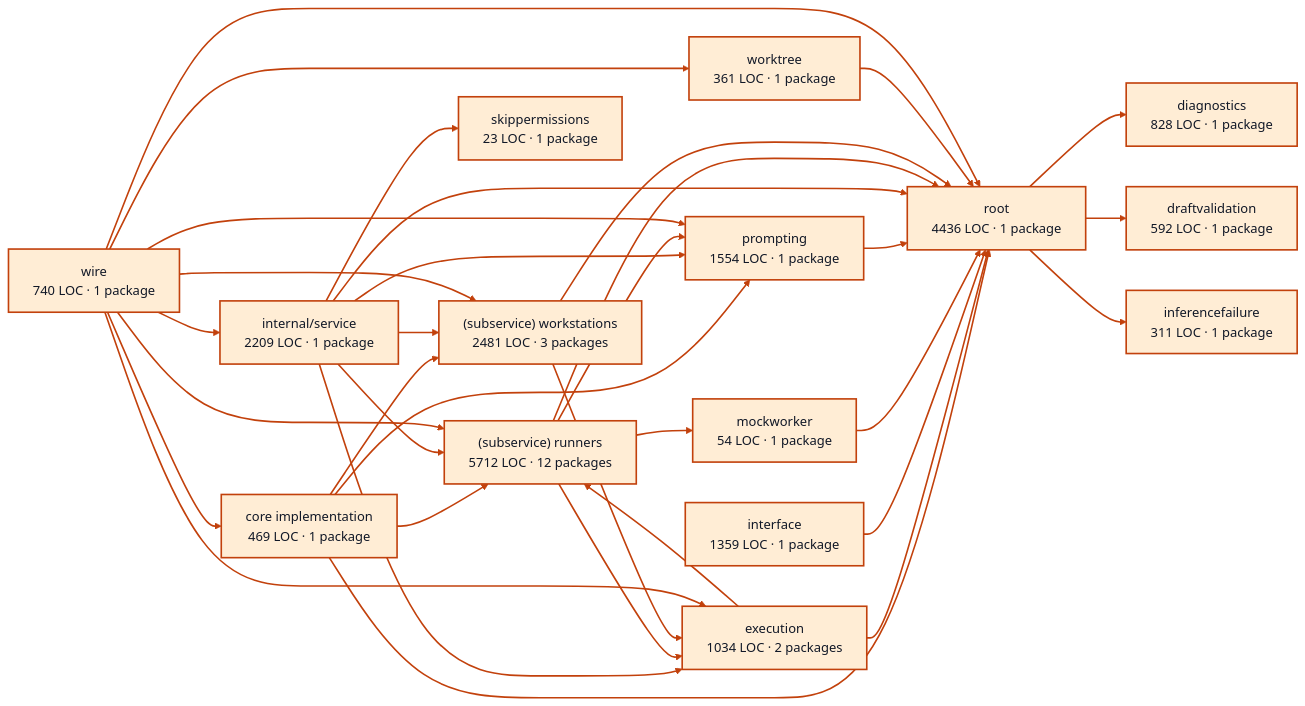
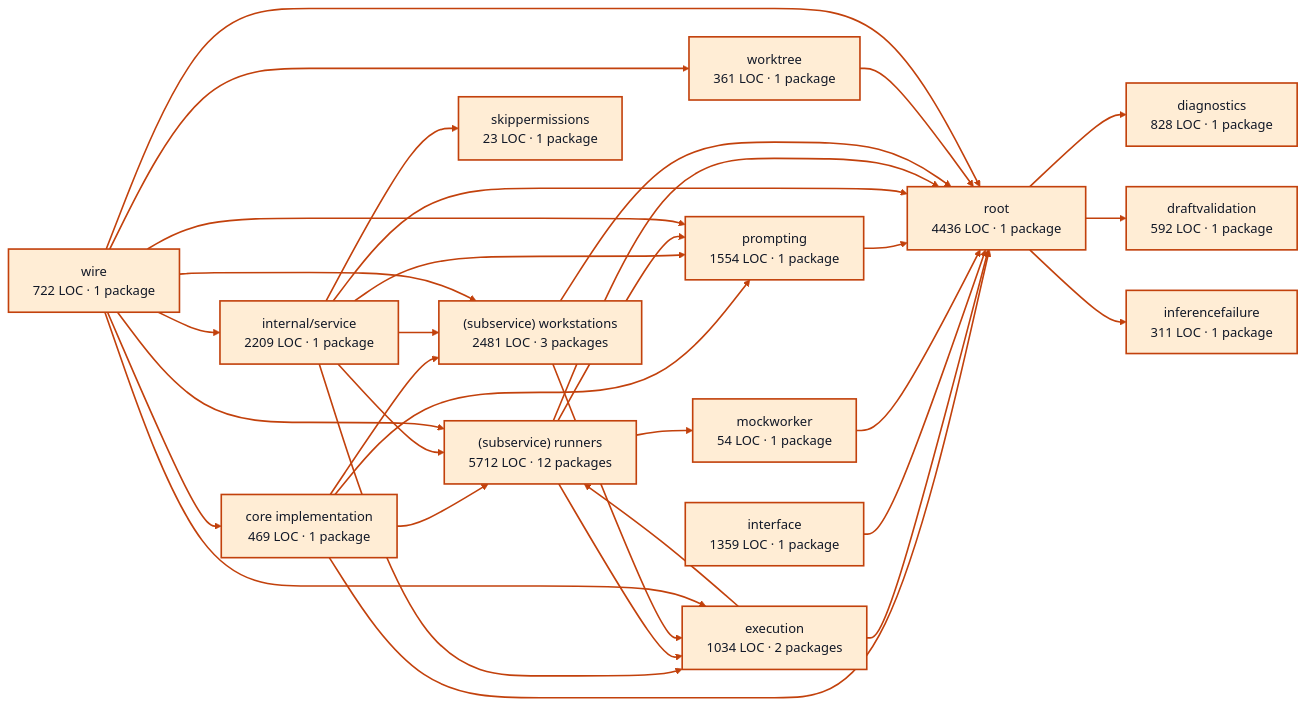
Before and after one commit to portpowered/you-agent-factory: the diagram in docs/architecture/visualizations/services/workers.md, drawn with Mermaid. The commit also changed other lines of this file and 20 other files, not shown here.

Commit message:
docs: refresh backend architecture visualizations

````diff
--- a/docs/architecture/visualizations/services/workers.md
+++ b/docs/architecture/visualizations/services/workers.md
@@ -11,67 +11,67 @@
 ```mermaid
 flowchart LR
   p0["core implementation<br/>469 LOC · 1 package"]
   p1["diagnostics<br/>828 LOC · 1 package"]
   p2["draftvalidation<br/>592 LOC · 1 package"]
   p3["execution<br/>1034 LOC · 2 packages"]
   p4["inferencefailure<br/>311 LOC · 1 package"]
   p5["interface<br/>1359 LOC · 1 package"]
   p6["mockworker<br/>54 LOC · 1 package"]
   p7["prompting<br/>1554 LOC · 1 package"]
   p8["internal/service<br/>2209 LOC · 1 package"]
   p9["(subservice) runners<br/>5712 LOC · 12 packages"]
   p10["(subservice) workstations<br/>2481 LOC · 3 packages"]
   p11["skippermissions<br/>23 LOC · 1 package"]
   p12["worktree<br/>361 LOC · 1 package"]
   p13["root<br/>4436 LOC · 1 package"]
-  p14["wire<br/>740 LOC · 1 package"]
+  p14["wire<br/>722 LOC · 1 package"]
   p0 --> p7
   p0 --> p9
   p0 --> p10
   p0 --> p13
   p3 --> p9
   p3 --> p13
   p5 --> p13
   p6 --> p13
   p7 --> p13
   p8 --> p3
   p8 --> p7
   p8 --> p9
   p8 --> p10
   p8 --> p11
   p8 --> p13
   p9 --> p3
   p9 --> p6
   p9 --> p7
   p9 --> p13
   p10 --> p3
   p10 --> p13
   p12 --> p13
   p13 --> p1
   p13 --> p2
   p13 --> p4
   p14 --> p0
   p14 --> p3
   p14 --> p7
   p14 --> p8
   p14 --> p9
   p14 --> p10
   p14 --> p12
   p14 --> p13
   style p0 fill:#ffedd5,stroke:#c2410c,stroke-width:2px,color:#111827
   style p1 fill:#ffedd5,stroke:#c2410c,stroke-width:2px,color:#111827
   style p2 fill:#ffedd5,stroke:#c2410c,stroke-width:2px,color:#111827
   style p3 fill:#ffedd5,stroke:#c2410c,stroke-width:2px,color:#111827
   style p4 fill:#ffedd5,stroke:#c2410c,stroke-width:2px,color:#111827
   style p5 fill:#ffedd5,stroke:#c2410c,stroke-width:2px,color:#111827
   style p6 fill:#ffedd5,stroke:#c2410c,stroke-width:2px,color:#111827
   style p7 fill:#ffedd5,stroke:#c2410c,stroke-width:2px,color:#111827
   style p8 fill:#ffedd5,stroke:#c2410c,stroke-width:2px,color:#111827
   style p9 fill:#ffedd5,stroke:#c2410c,stroke-width:2px,color:#111827
   style p10 fill:#ffedd5,stroke:#c2410c,stroke-width:2px,color:#111827
   style p11 fill:#ffedd5,stroke:#c2410c,stroke-width:2px,color:#111827
   style p12 fill:#ffedd5,stroke:#c2410c,stroke-width:2px,color:#111827
   style p13 fill:#ffedd5,stroke:#c2410c,stroke-width:2px,color:#111827
   style p14 fill:#ffedd5,stroke:#c2410c,stroke-width:2px,color:#111827
   linkStyle default stroke:#c2410c,stroke-width:2px
 ```
````
